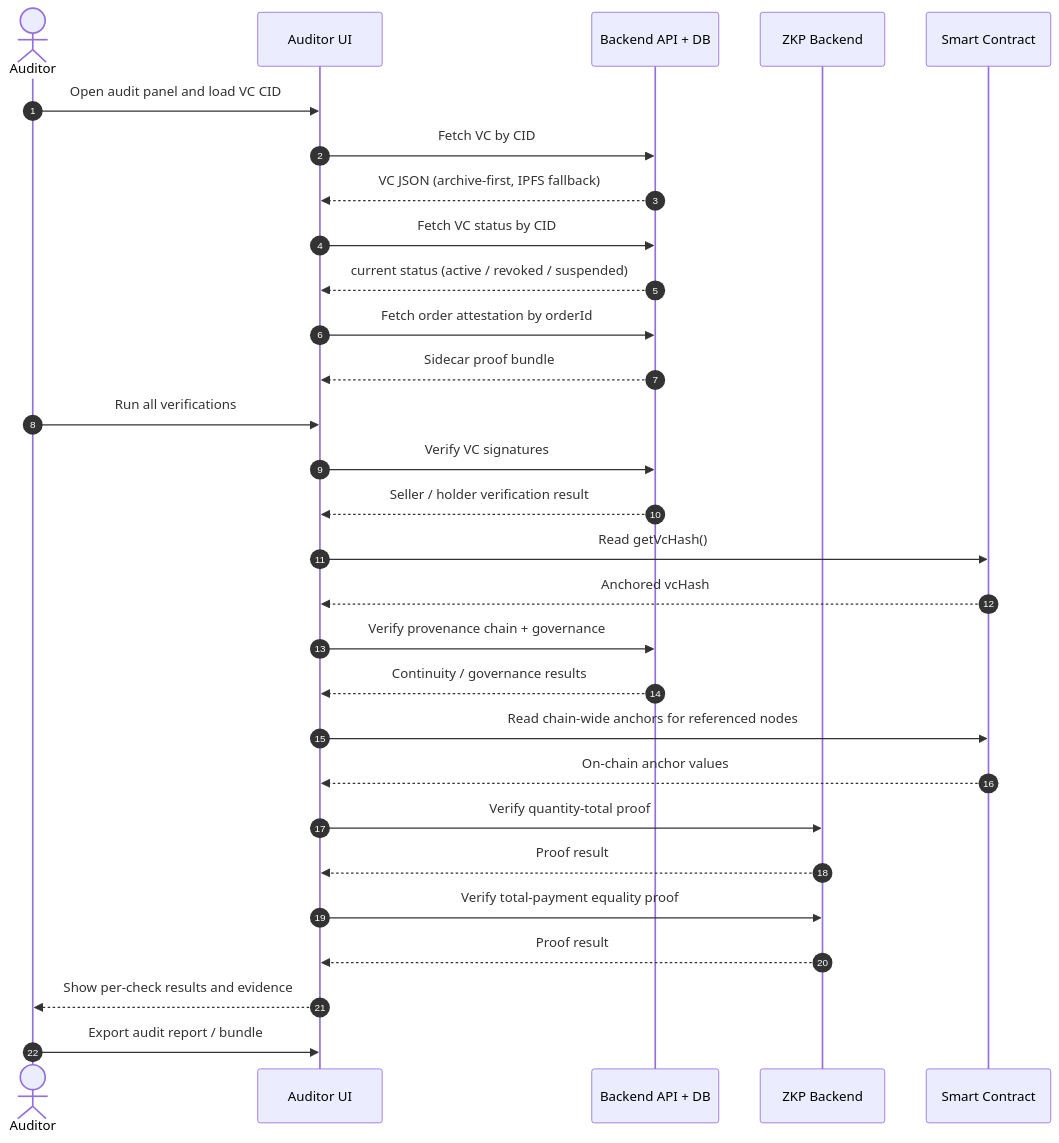
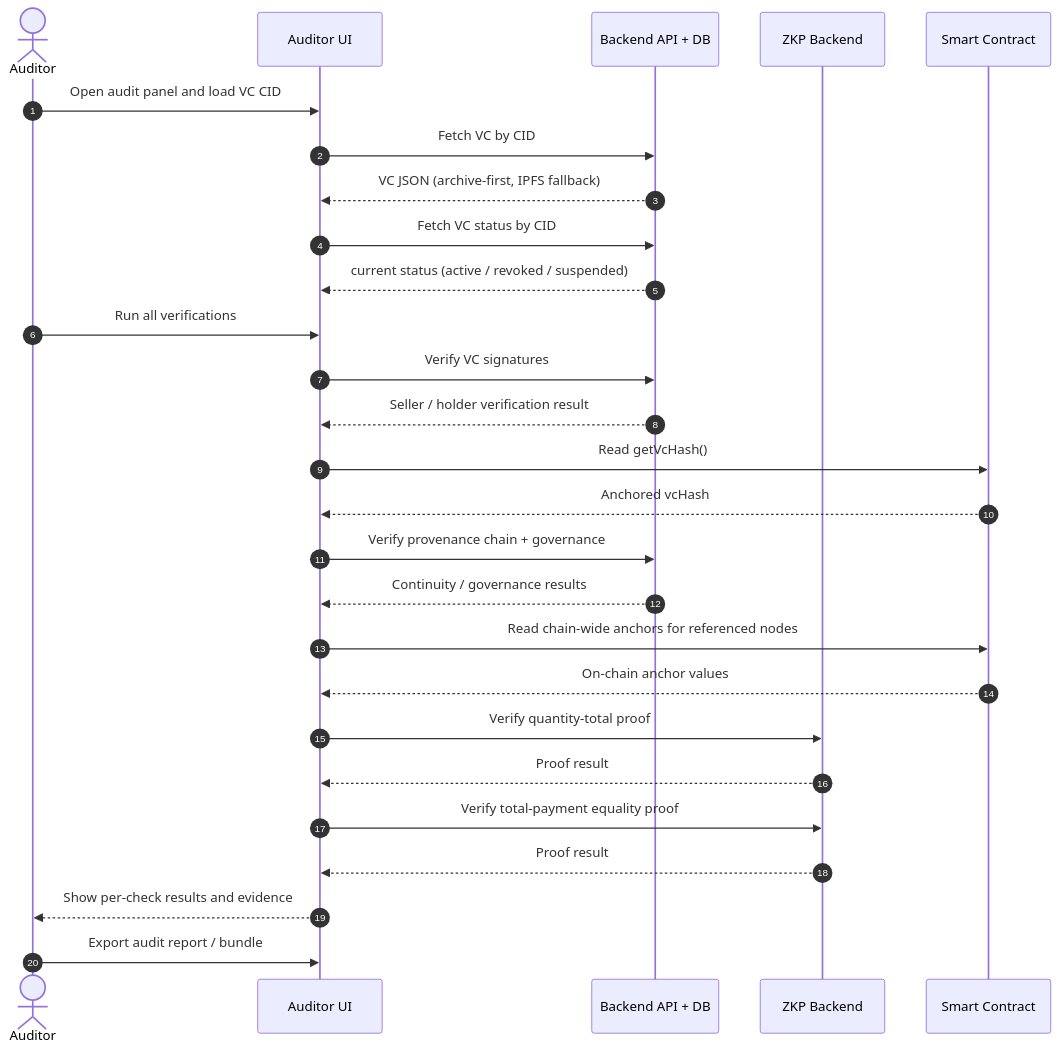
The diagram in docs/current/03-auditor-verification.md (Elmenn/ev-battery-supplychain), drawn with Mermaid before and after one commit. The commit also changed other lines of this file and 22 other files, not shown here.

````diff
--- a/docs/current/03-auditor-verification.md
+++ b/docs/current/03-auditor-verification.md
@@ -6,34 +6,32 @@
 ```mermaid
 sequenceDiagram
     autonumber
     actor Auditor
     participant UI as Auditor UI
     participant API as Backend API + DB
     participant ZKP as ZKP Backend
     participant SC as Smart Contract
 
     Auditor->>UI: Open audit panel and load VC CID
     UI->>API: Fetch VC by CID
     API-->>UI: VC JSON (archive-first, IPFS fallback)
     UI->>API: Fetch VC status by CID
     API-->>UI: current status (active / revoked / suspended)
-    UI->>API: Fetch order attestation by orderId
-    API-->>UI: Sidecar proof bundle
 
     Auditor->>UI: Run all verifications
     UI->>API: Verify VC signatures
     API-->>UI: Seller / holder verification result
     UI->>SC: Read getVcHash()
     SC-->>UI: Anchored vcHash
     UI->>API: Verify provenance chain + governance
     API-->>UI: Continuity / governance results
     UI->>SC: Read chain-wide anchors for referenced nodes
     SC-->>UI: On-chain anchor values
     UI->>ZKP: Verify quantity-total proof
     ZKP-->>UI: Proof result
     UI->>ZKP: Verify total-payment equality proof
     ZKP-->>UI: Proof result
 
     UI-->>Auditor: Show per-check results and evidence
     Auditor->>UI: Export audit report / bundle
 ```
````
